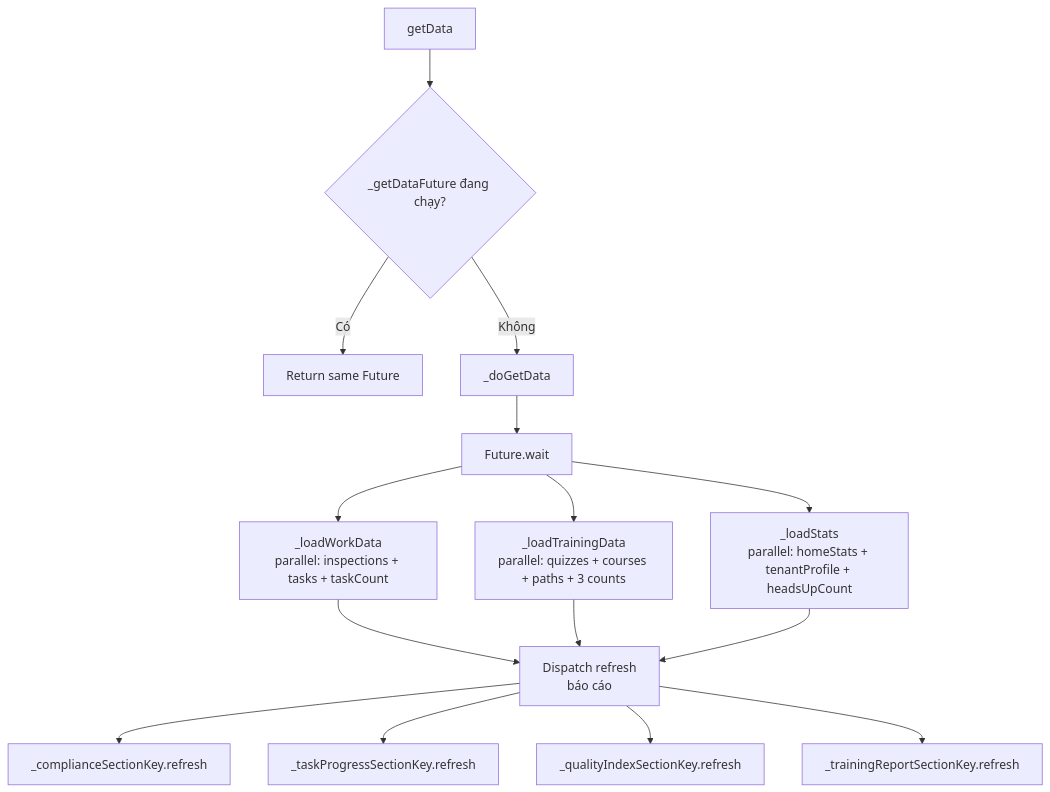
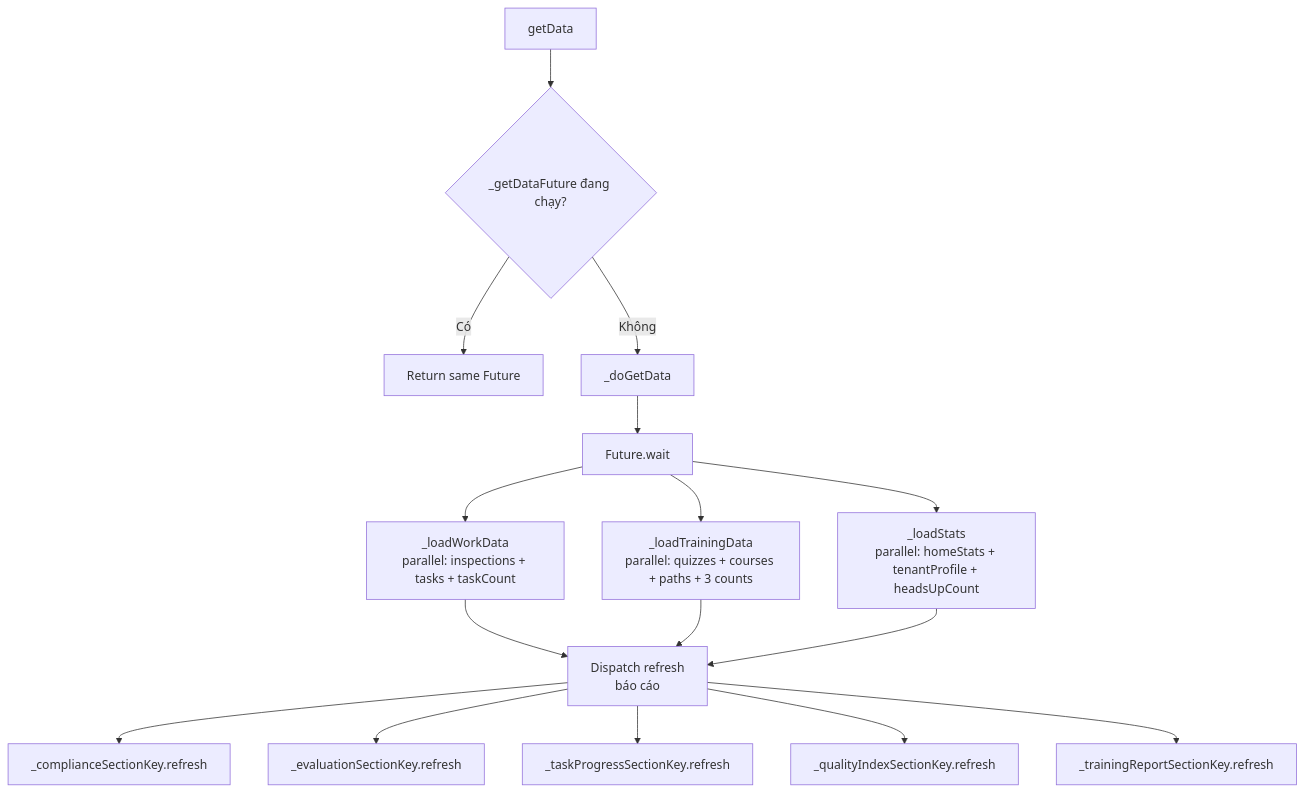
The first of 7 diagrams in Supa/docs/cua-toi/README.md (trantienhd97/TiTi_Books), drawn with Mermaid before and after one commit. The commit also changed other lines of this file and 76 other files, not shown here.

````diff
--- a/Supa/docs/cua-toi/README.md
+++ b/Supa/docs/cua-toi/README.md
@@ -50,17 +51,18 @@
 ```mermaid
 flowchart TD
   A[getData] --> B{_getDataFuture đang chạy?}
   B -->|Có| C[Return same Future]
   B -->|Không| D[_doGetData]
   D --> E[Future.wait]
   E --> F[_loadWorkData<br/>parallel: inspections + tasks + taskCount]
   E --> G[_loadTrainingData<br/>parallel: quizzes + courses + paths + 3 counts]
   E --> H[_loadStats<br/>parallel: homeStats + tenantProfile + headsUpCount]
   F --> I[Dispatch refresh<br/>báo cáo]
   G --> I
   H --> I
   I --> J[_complianceSectionKey.refresh]
+  I --> J2[_evaluationSectionKey.refresh]
   I --> K[_taskProgressSectionKey.refresh]
   I --> L[_qualityIndexSectionKey.refresh]
   I --> M[_trainingReportSectionKey.refresh]
 ```
````
